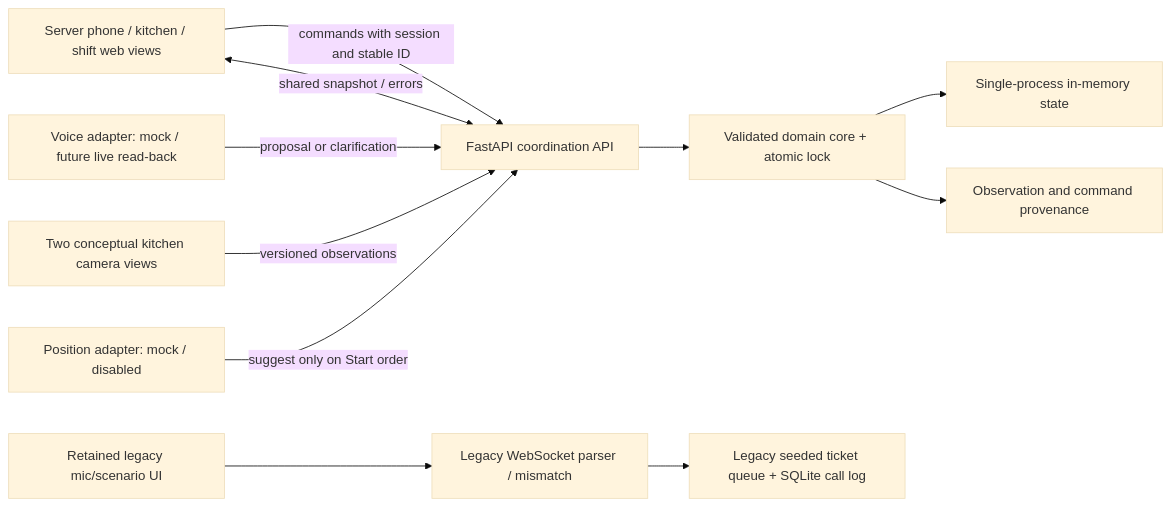
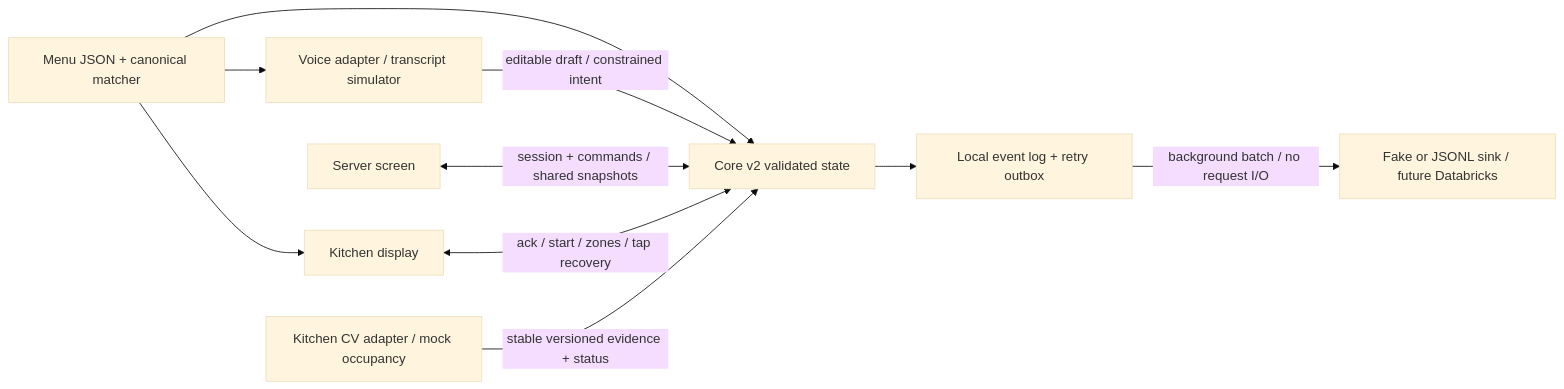
The diagram in docs/ARCHITECTURE.md (AkashGogate/dig-in), drawn with Mermaid (base theme) before and after one commit. The commit also changed other lines of this file and 56 other files, not shown here.

Commit message:
Align MVP scaffold with menu-driven orders, per-plate zones and analytics lanes

````diff
--- a/docs/ARCHITECTURE.md
+++ b/docs/ARCHITECTURE.md
@@ -5,13 +5,12 @@
 ```mermaid
 flowchart LR
-  S[Server phone / kitchen / shift web views] -->|commands with session and stable ID| A[FastAPI coordination API]
-  S <-->|shared snapshot / errors| A
-  V[Voice adapter: mock / future live read-back] -->|proposal or clarification| A
-  C[Two conceptual kitchen camera views] -->|versioned observations| A
-  P[Position adapter: mock / disabled] -->|suggest only on Start order| A
-  A --> D[Validated domain core + atomic lock]
-  D --> M[Single-process in-memory state]
-  D --> E[Observation and command provenance]
-  L[Retained legacy mic/scenario UI] --> W[Legacy WebSocket parser / mismatch]
-  W --> Q[Legacy seeded ticket queue + SQLite call log]
+  M[Menu JSON + canonical matcher] --> V[Voice adapter / transcript simulator]
+  M --> C[Core v2 validated state]
+  M --> K[Kitchen display]
+  V -->|editable draft / constrained intent| C
+  S[Server screen] <-->|session + commands / shared snapshots| C
+  K <-->|ack / start / zones / tap recovery| C
+  CV[Kitchen CV adapter / mock occupancy] -->|stable versioned evidence + status| C
+  C --> O[Local event log + retry outbox]
+  O -->|background batch / no request I/O| D[Fake or JSONL sink / future Databricks]
 ```
````
